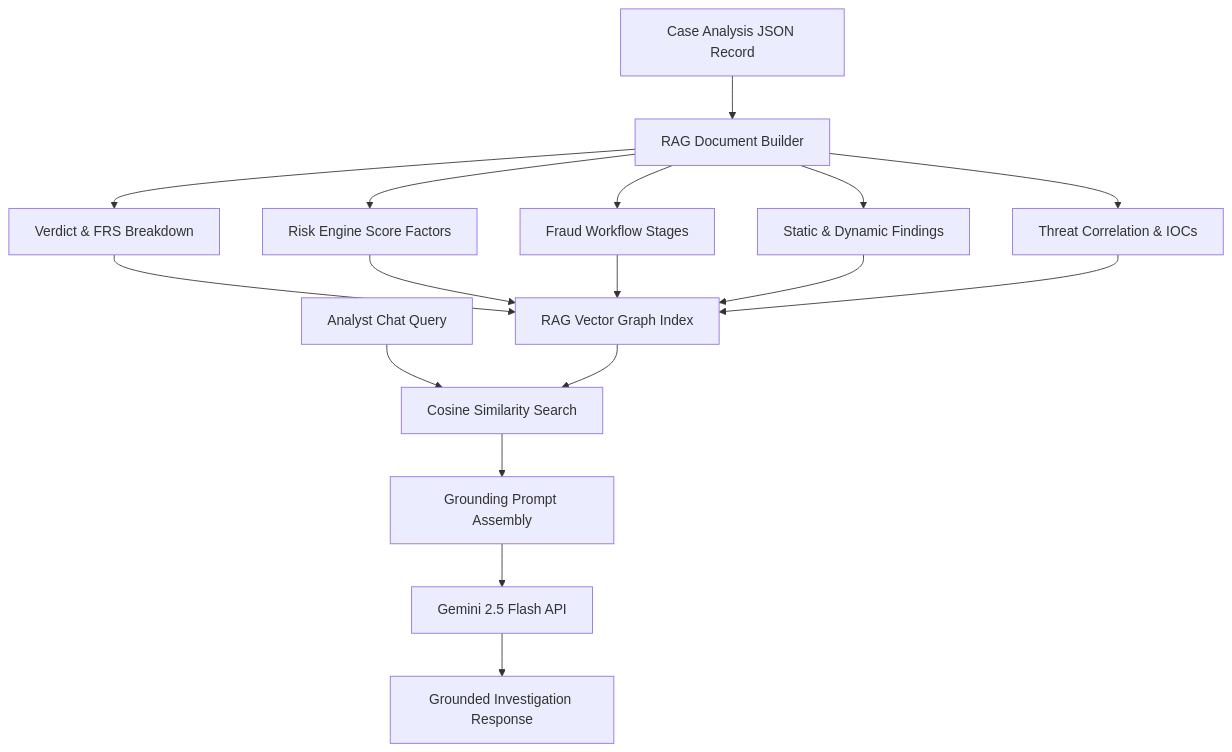
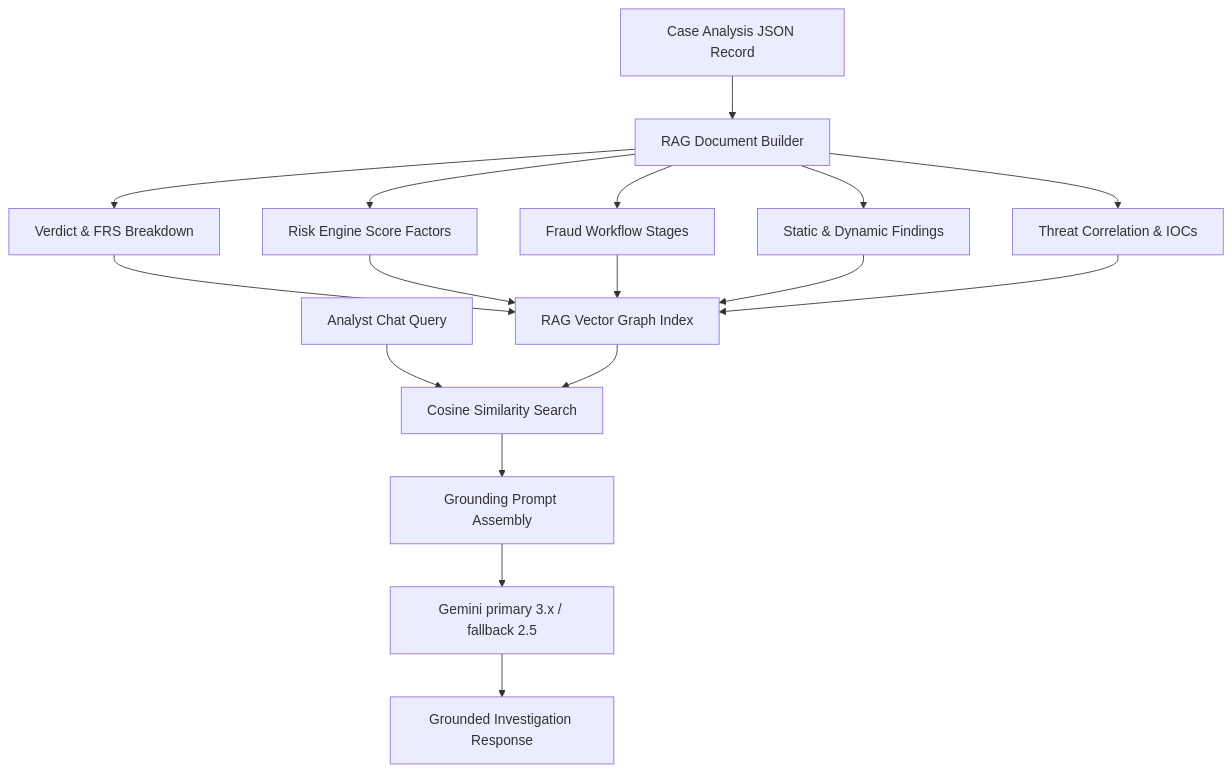
One commit to SanTiwari07/Sudarshan changed the diagram in docs/architecture/05_AI_INVESTIGATION_ENGINE.md. Above: the diagram before and after it, drawn with Mermaid. The commit also changed other lines of this file and 62 other files, not shown here.

Commit message:
Enhance Gemini integration with primary and fallback models, introducing environment variables for configuration. Update documentation to reflect changes in AI investigation engine and screenshot policy. Implement error handling for Gemini API calls and improve logging for better traceability.

````diff
--- a/docs/architecture/05_AI_INVESTIGATION_ENGINE.md
+++ b/docs/architecture/05_AI_INVESTIGATION_ENGINE.md
@@ -32,22 +32,22 @@
 ```mermaid
 graph TD
     CASE[Case Analysis JSON Record] --> PARSE[RAG Document Builder]
 
     PARSE --> V1[Verdict & FRS Breakdown]
     PARSE --> V2[Risk Engine Score Factors]
     PARSE --> V3[Fraud Workflow Stages]
     PARSE --> V4[Static & Dynamic Findings]
     PARSE --> V5[Threat Correlation & IOCs]
 
     V1 --> RAG[RAG Vector Graph Index]
     V2 --> RAG
     V3 --> RAG
     V4 --> RAG
     V5 --> RAG
 
     QUERY[Analyst Chat Query] --> SEARCH[Cosine Similarity Search]
     RAG --> SEARCH
     SEARCH --> PROMPT[Grounding Prompt Assembly]
-    PROMPT --> LLM[Gemini 2.5 Flash API]
+    PROMPT --> LLM[Gemini primary 3.x / fallback 2.5]
     LLM --> RESP[Grounded Investigation Response]
 ```
````
